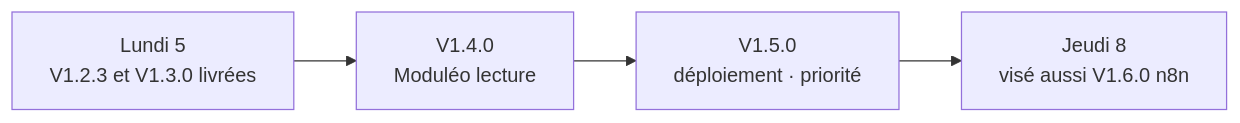
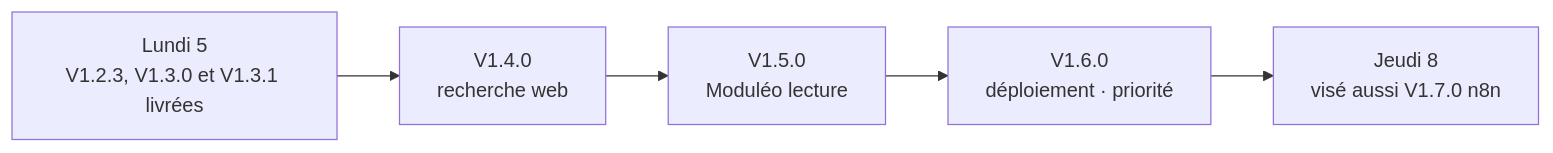
Before and after one commit to UlyssouLV/BBASS-Agents-IA: the second of 2 diagrams in README.md, drawn with Mermaid. The commit also changed other lines of this file and 20 other files, not shown here.

````diff
--- a/README.md
+++ b/README.md
@@ -37,6 +37,7 @@
 ```mermaid
 flowchart LR
-  L05["Lundi 5<br/>V1.2.3 et V1.3.0 livrées"] --> V140["V1.4.0<br/>Moduléo lecture"]
-  V140 --> V150["V1.5.0<br/>déploiement · priorité"]
-  V150 --> V08["Jeudi 8<br/>visé aussi V1.6.0 n8n"]
+  L05["Lundi 5<br/>V1.2.3, V1.3.0 et V1.3.1 livrées"] --> V140["V1.4.0<br/>recherche web"]
+  V140 --> V150["V1.5.0<br/>Moduléo lecture"]
+  V150 --> V160["V1.6.0<br/>déploiement · priorité"]
+  V160 --> V08["Jeudi 8<br/>visé aussi V1.7.0 n8n"]
 ```
````
